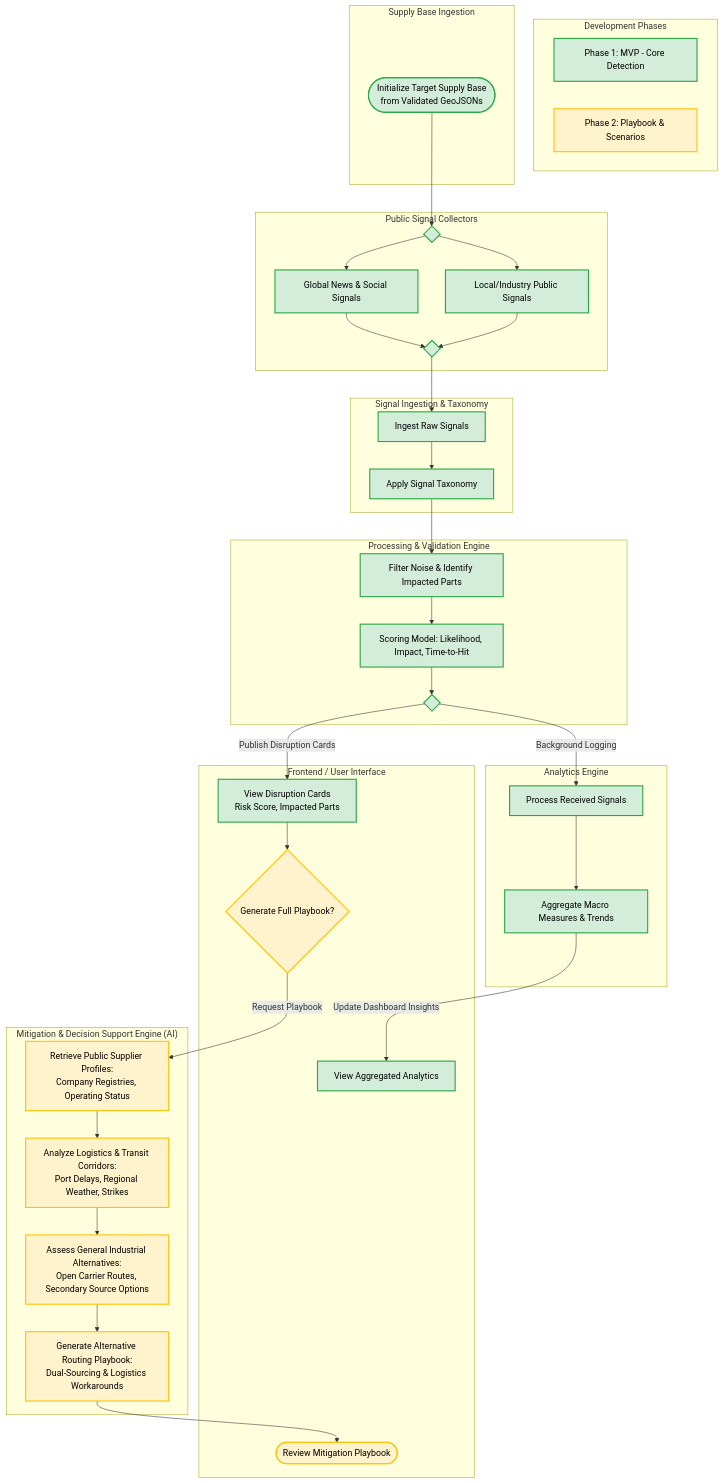
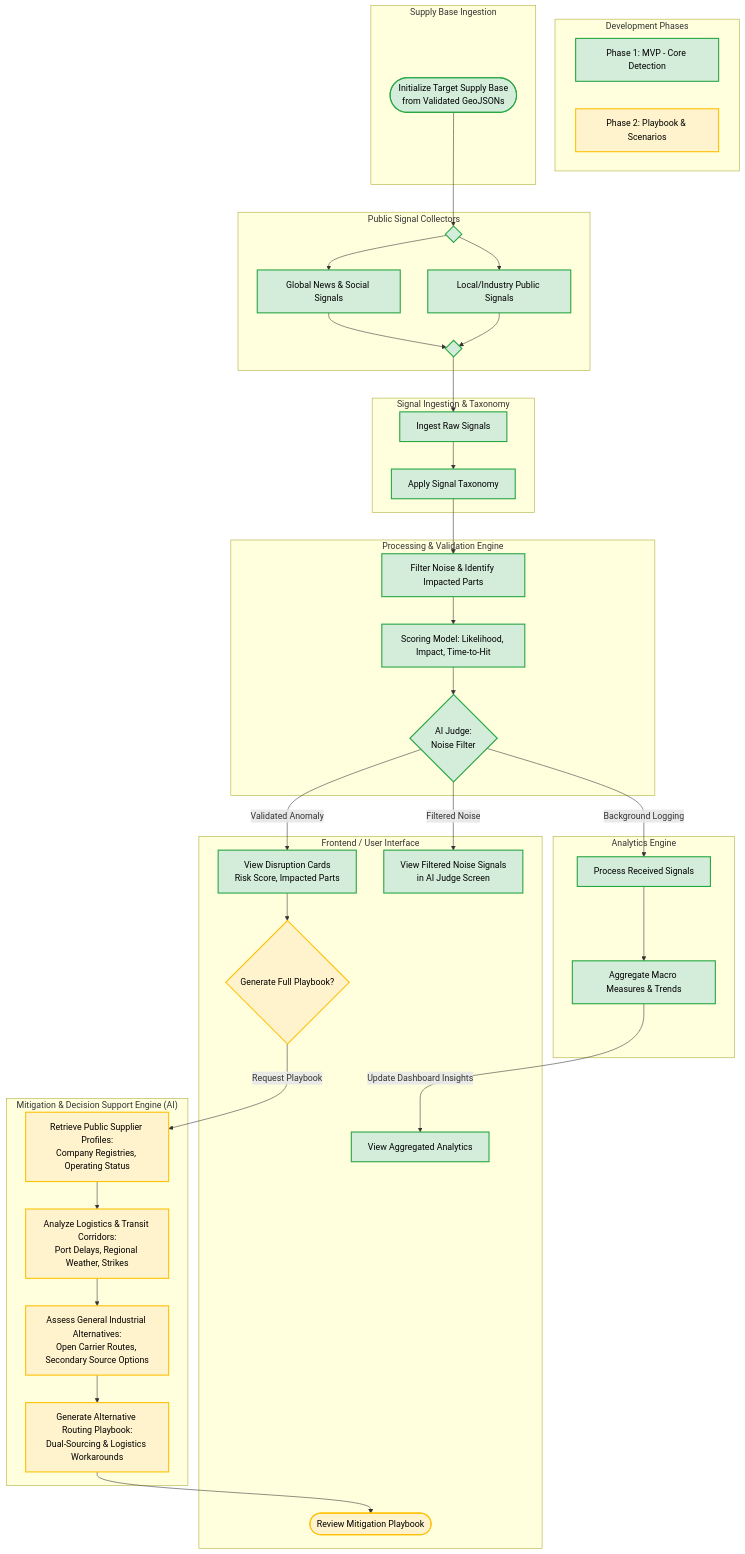
One commit to dasha-moskv/APS1013 changed the diagram in docs/uml-process-mvp.md. Above: the diagram before and after it, drawn with Mermaid. The commit also changed 1 other file, not shown here.

Commit message:
Updated MVP process flowchart to show split signal flows between cards and AI judge screen

```diff
--- a/docs/uml-process-mvp.md
+++ b/docs/uml-process-mvp.md
@@ -9,6 +9,7 @@
 
     subgraph Frontend["Frontend / User Interface"]
         U2[View Disruption Cards<br>Risk Score, Impacted Parts]:::phase1
+        U8[View Filtered Noise Signals<br>in AI Judge Screen]:::phase1
         U4[View Aggregated Analytics]:::phase1
         
         U3{Generate Full Playbook?}:::phase2
@@ -34,7 +35,7 @@
     subgraph Processing["Processing & Validation Engine"]
         P1[Filter Noise & Identify Impacted Parts]:::phase1
         P2[Scoring Model: Likelihood, Impact, Time-to-Hit]:::phase1
-        P_Fork{" "}:::phase1
+        P3{AI Judge:<br>Noise Filter}:::phase1
     end
 
     subgraph Analytics["Analytics Engine"]
@@ -65,11 +66,14 @@
 
     %% Processing Flow
     P1 --> P2
-    P2 --> P_Fork
+    P2 --> P3
 
-    %% The Split: Real-Time Stream vs Background Analytics
-    P_Fork -->|Publish Disruption Cards| U2
-    P_Fork -->|Background Logging| A1
+    %% AI Judge Split: Validated vs Filtered
+    P3 -->|Validated Anomaly| U2
+    P3 -->|Filtered Noise| U8
+
+    %% Analytics Ingestion (Only validated active signals logged for macro analysis)
+    P3 -->|Background Logging| A1
 
     %% Analytics Flow
     A1 --> A2
```
